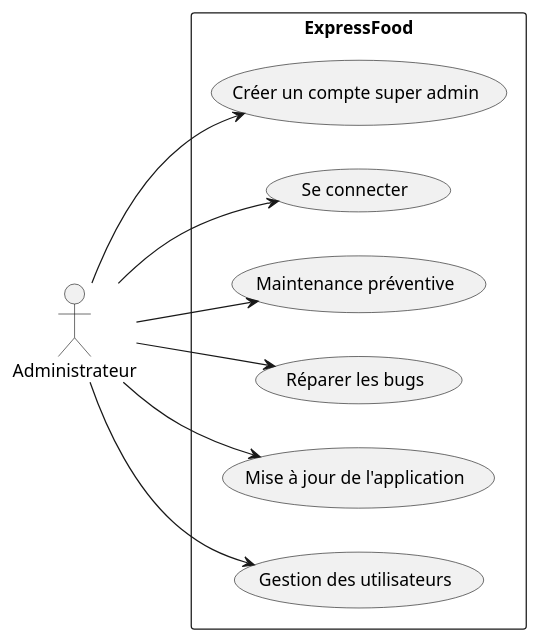
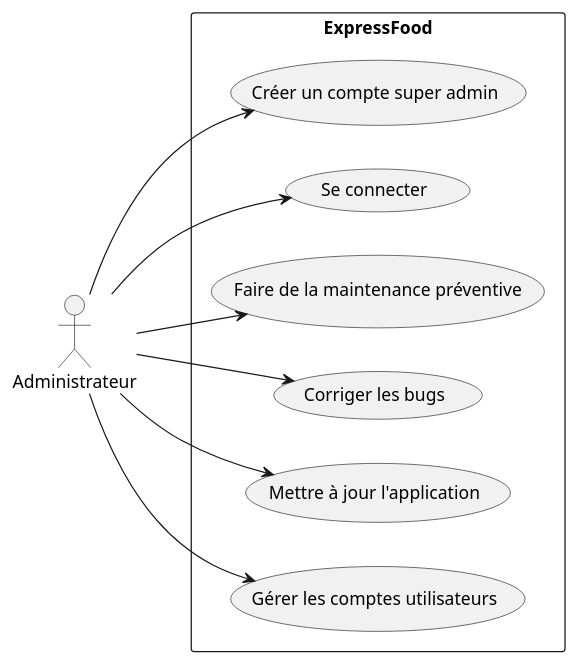
Before and after one commit to laurasullyalexandrine/expressfood: the diagram in UseCase/Administrateur.puml, drawn with PlantUML. The commit also changed 3 other files, not shown here.

```diff
--- a/UseCase/Administrateur.puml
+++ b/UseCase/Administrateur.puml
@@ -2,23 +2,23 @@
 @startuml Administrateur
 
 left to right direction
 
 actor "Administrateur" as Administrateur
 
 rectangle ExpressFood {
   usecase "Créer un compte super admin" as UC1
   usecase "Se connecter" as UC2
-  usecase "Maintenance préventive" as UC3
-  usecase "Réparer les bugs" as UC4
-  usecase "Mise à jour de l'application" as UC5
-  usecase "Gestion des utilisateurs" as UC6
+  usecase "Faire de la maintenance préventive" as UC3
+  usecase "Corriger les bugs" as UC4
+  usecase "Mettre à jour l'application" as UC5
+  usecase "Gérer les comptes utilisateurs" as UC6
 }
 
 Administrateur --> UC1
 Administrateur --> UC2
 Administrateur --> UC3
 Administrateur --> UC4
 Administrateur --> UC5
 Administrateur --> UC6
 
 @enduml
```
